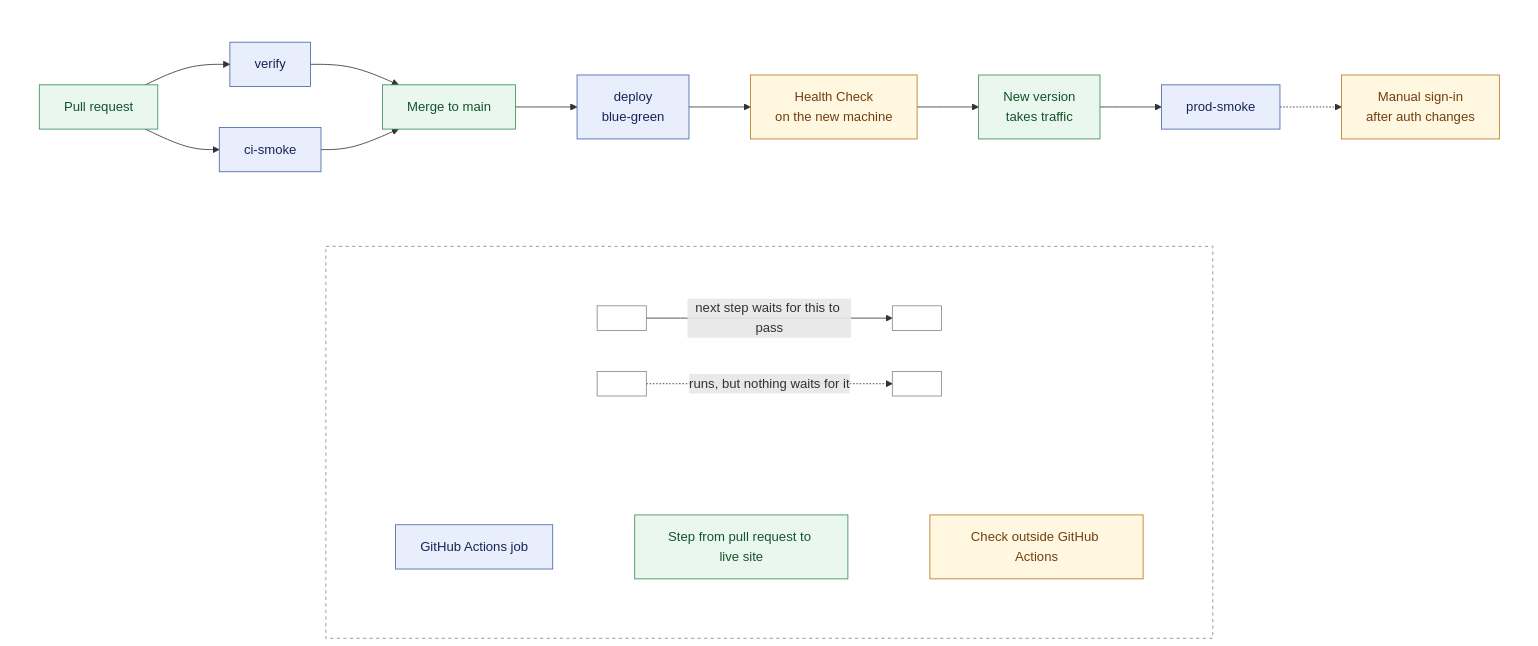
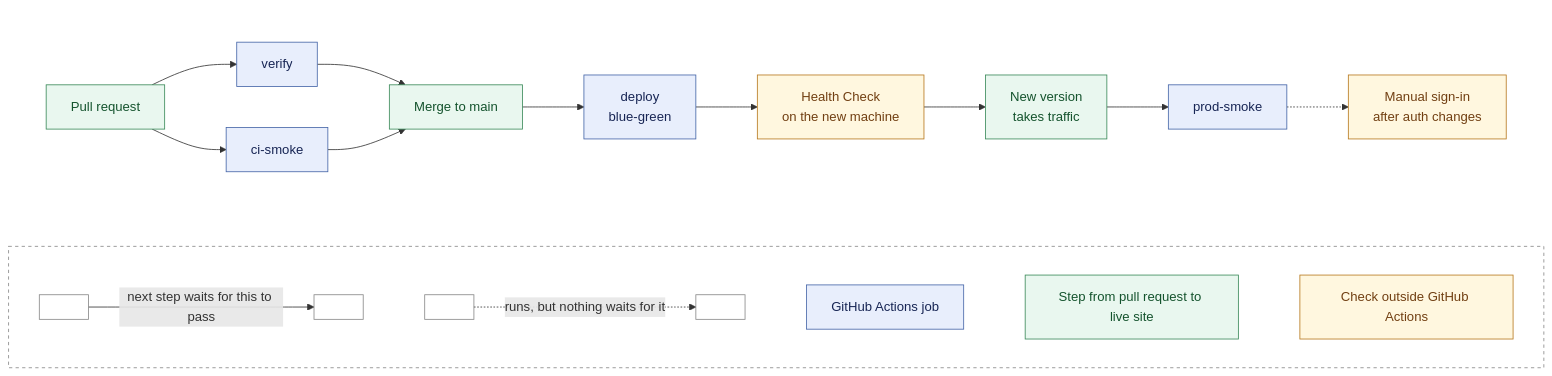
The diagram in docs/pipeline.md (sumau/welltutored), drawn with Mermaid before and after one commit.

Commit message:
Put the pipeline diagram's legend on one row
The arrow key and the box colours now sit side by side, held in line by
invisible links.

````diff
--- a/docs/pipeline.md
+++ b/docs/pipeline.md
@@ -12,52 +12,42 @@
 ```mermaid
 flowchart TB
   %% From pull request to live site.
   subgraph pipeline[" "]
     direction LR
     pr["Pull request"] --> verify["verify"]
     pr --> ciSmoke["ci-smoke"]
     verify --> merge["Merge to main"]
     ciSmoke --> merge
     merge --> deploy["deploy<br/>blue-green"]
     deploy --> health["Health Check<br/>on the new machine"]
     health --> live["New version<br/>takes traffic"]
     live --> prodSmoke["prod-smoke"]
     prodSmoke -.-> manual["Manual sign-in<br/>after auth changes"]
   end
 
-  %% The legend. Links written ~~~ are invisible and only position things.
+  %% The legend, on one row. Links written ~~~ are invisible and only
+  %% position things.
   subgraph legend[" "]
-    direction TB
-    subgraph legendArrows[" "]
-      direction LR
-      keyA[" "] -->|"next step waits for this to pass"| keyB[" "]
-      keyC[" "] -.->|"runs, but nothing waits for it"| keyD[" "]
-    end
-
-    subgraph legendBoxes[" "]
-      direction LR
-      keyJob["GitHub Actions job"]
-      keyEvent["Step from pull request to live site"]
-      keyOther["Check outside GitHub Actions"]
-      keyJob ~~~ keyEvent ~~~ keyOther
-    end
-
-    legendArrows ~~~ legendBoxes
+    direction LR
+    keyA[" "] -->|"next step waits for this to pass"| keyB[" "]
+    keyB ~~~ keyC[" "]
+    keyC -.->|"runs, but nothing waits for it"| keyD[" "]
+    keyD ~~~ keyJob["GitHub Actions job"]
+    keyJob ~~~ keyEvent["Step from pull request to live site"]
+    keyEvent ~~~ keyOther["Check outside GitHub Actions"]
   end
 
   pipeline ~~~ legend
 
   classDef job fill:#e8eefc,stroke:#4666a8,color:#172554
   classDef other fill:#fff7df,stroke:#b7791f,color:#713f12
   classDef event fill:#e9f7ef,stroke:#3b8a5a,color:#14532d
   classDef blank fill:none,stroke:#888,color:#888
   class verify,ciSmoke,deploy,prodSmoke,keyJob job
   class health,manual,keyOther other
   class pr,merge,live,keyEvent event
   class keyA,keyB,keyC,keyD blank
 
   style pipeline fill:none,stroke:none
   style legend fill:none,stroke:#888,stroke-dasharray:4
-  style legendArrows fill:none,stroke:none
-  style legendBoxes fill:none,stroke:none
 ```
````
